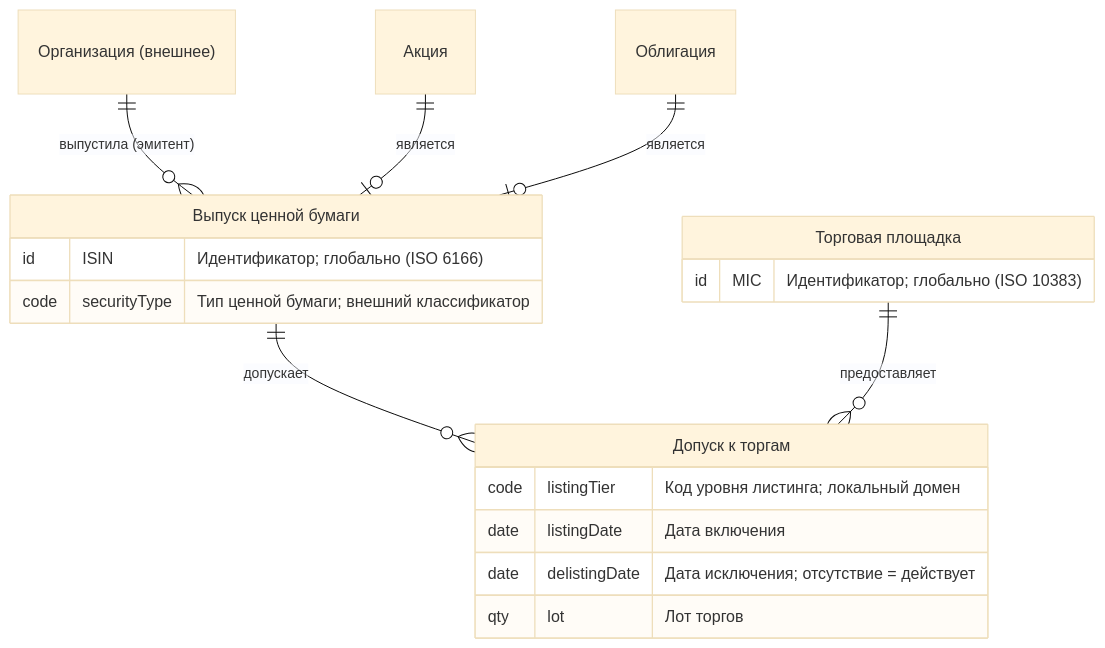
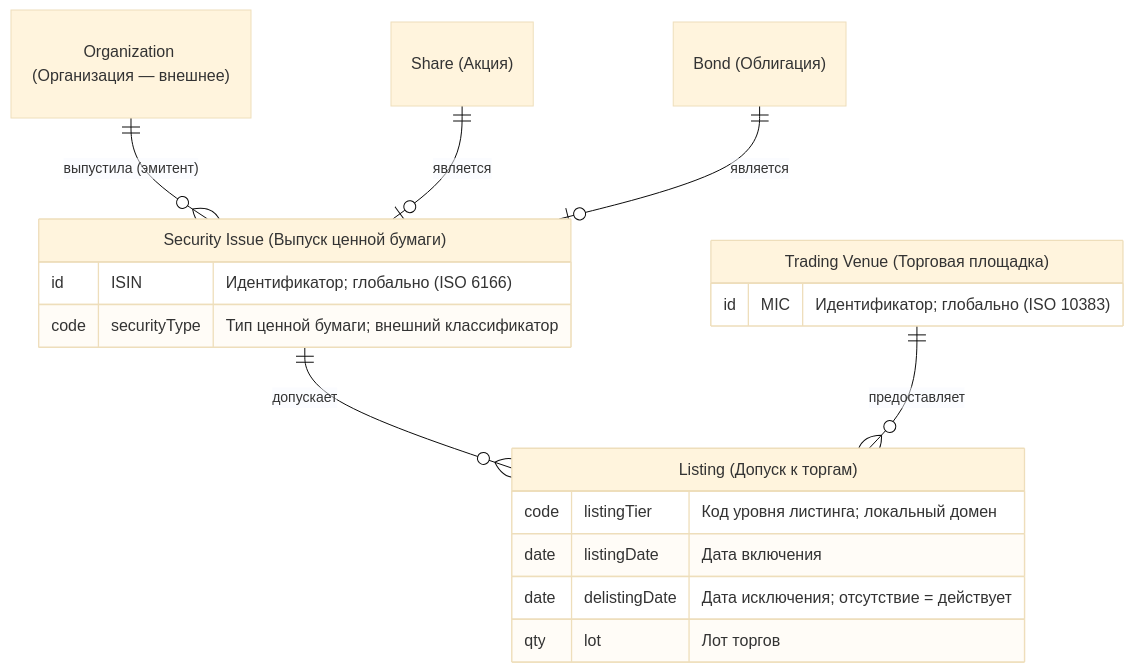
The first of 4 diagrams in wrk/standard/appendices/Н Сквозной биржевой пример.md (alexanderlazutkin/DatamodelDesign), drawn with Mermaid (base theme) before and after one commit. The commit also changed other lines of this file and 1 other file, not shown here.

Commit message:
Р-036 (поправка): двуязычные подписи сущностей во всех диаграммах примера Н — English (Русское); легенда и Н.2.1 синхронизированы (замечание пользователя)

````diff
--- a/wrk/standard/appendices/Н Сквозной биржевой пример.md
+++ b/wrk/standard/appendices/Н Сквозной биржевой пример.md
@@ -191,24 +191,24 @@
 ```mermaid
 erDiagram
-    SECURITY_ISSUE["Выпуск ценной бумаги"] {
+    SECURITY_ISSUE["Security Issue (Выпуск ценной бумаги)"] {
         id ISIN "Идентификатор; глобально (ISO 6166)"
         code securityType "Тип ценной бумаги; внешний классификатор"
     }
-    SHARE["Акция"]
-    BOND["Облигация"]
-    ORGANIZATION["Организация (внешнее)"]
-    LISTING["Допуск к торгам"] {
+    SHARE["Share (Акция)"]
+    BOND["Bond (Облигация)"]
+    ORGANIZATION["Organization (Организация — внешнее)"]
+    LISTING["Listing (Допуск к торгам)"] {
         code listingTier "Код уровня листинга; локальный домен"
         date listingDate "Дата включения"
         date delistingDate "Дата исключения; отсутствие = действует"
         qty lot "Лот торгов"
     }
-    TRADING_VENUE["Торговая площадка"] {
+    TRADING_VENUE["Trading Venue (Торговая площадка)"] {
         id MIC "Идентификатор; глобально (ISO 10383)"
     }
     ORGANIZATION ||--o{ SECURITY_ISSUE : "выпустила (эмитент)"
     SECURITY_ISSUE ||--o{ LISTING : "допускает"
     TRADING_VENUE ||--o{ LISTING : "предоставляет"
     SHARE ||--o| SECURITY_ISSUE : "является"
     BOND ||--o| SECURITY_ISSUE : "является"
 ```
````
